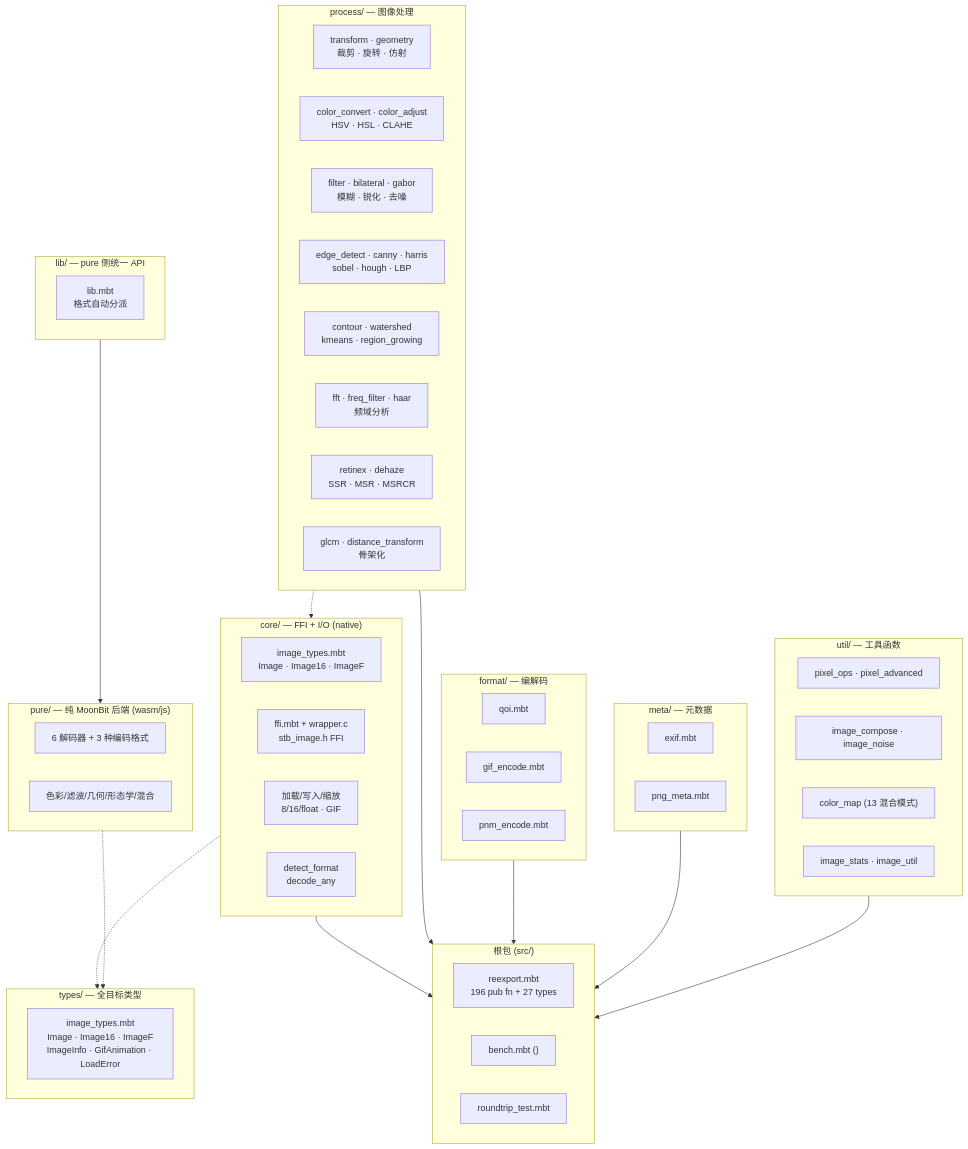
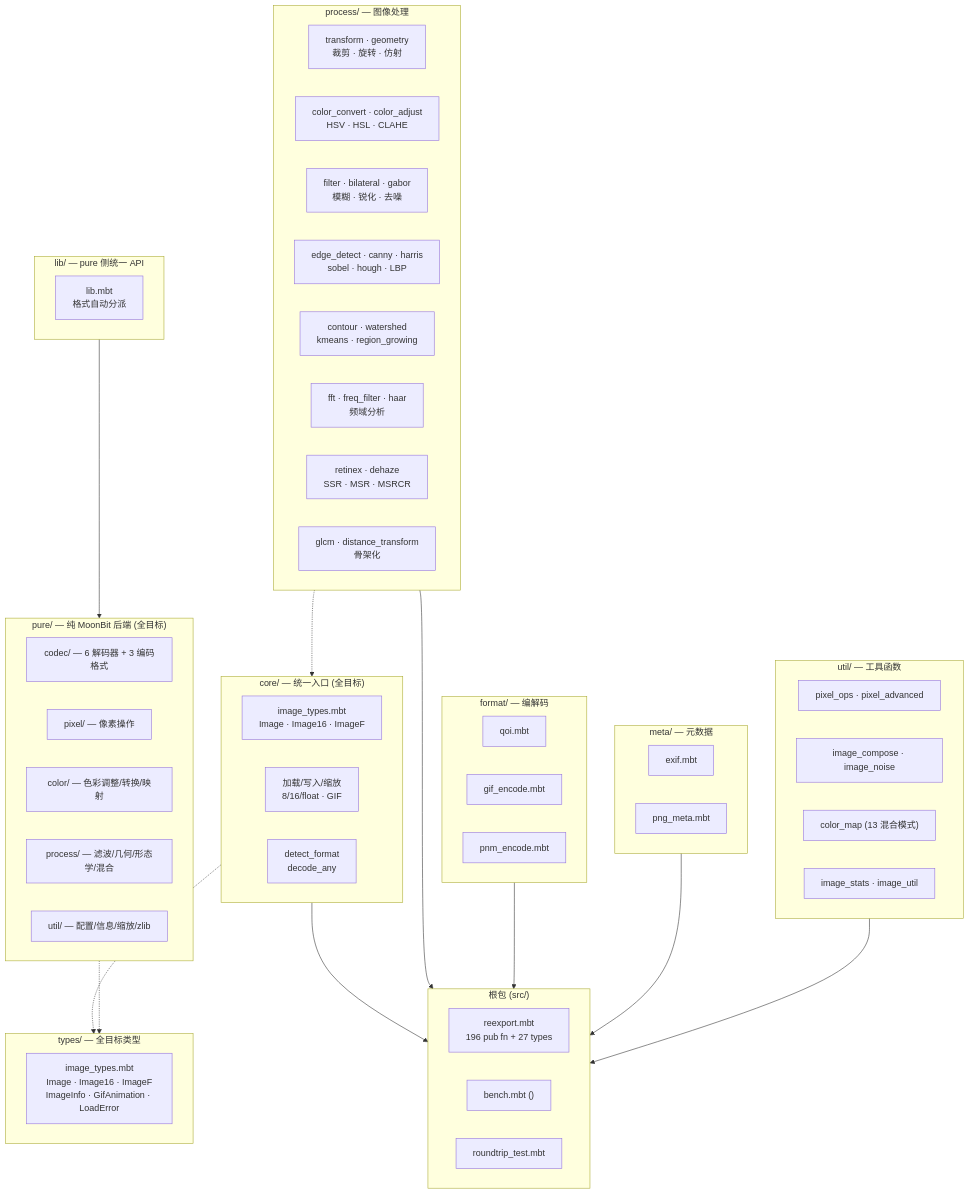
One commit to toadium/stb-image changed the second of 14 diagrams in docs/architecture.md. Above: the diagram before and after it, drawn with Mermaid. The commit also changed other lines of this file and 4 other files, not shown here.

Commit message:
文档: 清理 FFI/native-only 历史残留，更新为纯 MoonBit 全目标描述

````diff
--- a/docs/architecture.md
+++ b/docs/architecture.md
@@ -72,67 +72,69 @@
 ```mermaid
 flowchart TB
     subgraph Root["根包 (src/)"]
         RE["reexport.mbt<br/>196 pub fn + 27 types"]
         Bench["bench.mbt ()"]
         RT["roundtrip_test.mbt"]
     end
 
     subgraph TypesPkg["types/ — 全目标类型"]
         TypeDef["image_types.mbt<br/>Image · Image16 · ImageF<br/>ImageInfo · GifAnimation · LoadError"]
     end
 
-    subgraph Core["core/ — FFI + I/O (native)"]
+    subgraph Core["core/ — 统一入口 (全目标)"]
         Types["image_types.mbt<br/>Image · Image16 · ImageF"]
-        FFI["ffi.mbt + wrapper.c<br/>stb_image.h FFI"]
         Load["加载/写入/缩放<br/>8/16/float · GIF"]
         Detect["detect_format<br/>decode_any"]
     end
 
     subgraph Process["process/ — 图像处理"]
         Transform["transform · geometry<br/>裁剪 · 旋转 · 仿射"]
         Color["color_convert · color_adjust<br/>HSV · HSL · CLAHE"]
         Filter["filter · bilateral · gabor<br/>模糊 · 锐化 · 去噪"]
         Edge["edge_detect · canny · harris<br/>sobel · hough · LBP"]
         Segment["contour · watershed<br/>kmeans · region_growing"]
         Freq["fft · freq_filter · haar<br/>频域分析"]
         Retinex["retinex · dehaze<br/>SSR · MSR · MSRCR"]
         Texture["glcm · distance_transform<br/>骨架化"]
     end
 
     subgraph Format["format/ — 编解码"]
         QOI["qoi.mbt"]
         GIF["gif_encode.mbt"]
         PNM["pnm_encode.mbt"]
     end
 
     subgraph Meta["meta/ — 元数据"]
         EXIF["exif.mbt"]
         PNGMeta["png_meta.mbt"]
     end
 
     subgraph Util["util/ — 工具函数"]
         PixelOps["pixel_ops · pixel_advanced"]
         Compose["image_compose · image_noise"]
         Blend["color_map (13 混合模式)"]
         Stats["image_stats · image_util"]
     end
 
-    subgraph Pure["pure/ — 纯 MoonBit 后端 (wasm/js)"]
-        PureDec["6 解码器 + 3 种编码格式"]
-        PureProc["色彩/滤波/几何/形态学/混合"]
+    subgraph Pure["pure/ — 纯 MoonBit 后端 (全目标)"]
+        PureCodec["codec/ — 6 解码器 + 3 编码格式"]
+        PurePixel["pixel/ — 像素操作"]
+        PureColor["color/ — 色彩调整/转换/映射"]
+        PureProcess["process/ — 滤波/几何/形态学/混合"]
+        PureUtil["util/ — 配置/信息/缩放/zlib"]
     end
 
     subgraph Lib["lib/ — pure 侧统一 API"]
         LibEntry["lib.mbt<br/>格式自动分派"]
     end
 
     Core --> Root
     Process --> Root
     Format --> Root
     Meta --> Root
     Util --> Root
     Lib --> Pure
     Core -.-> TypesPkg
     Pure -.-> TypesPkg
     Process -.-> Core
 ```
````
